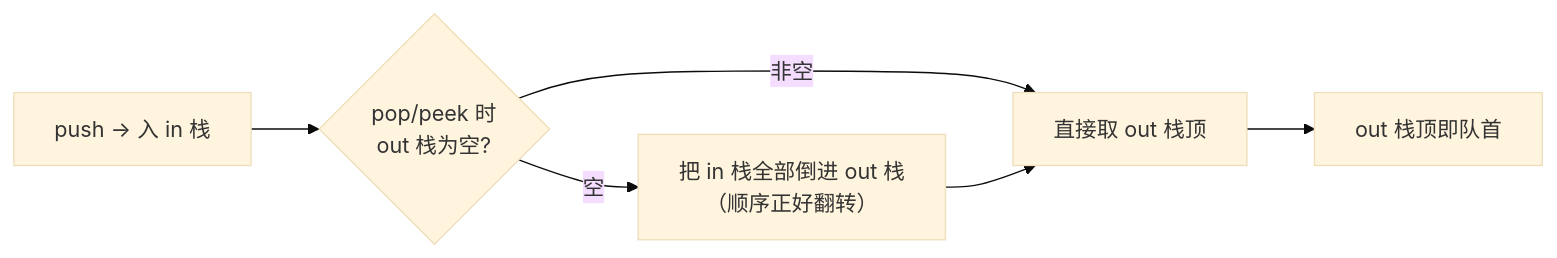
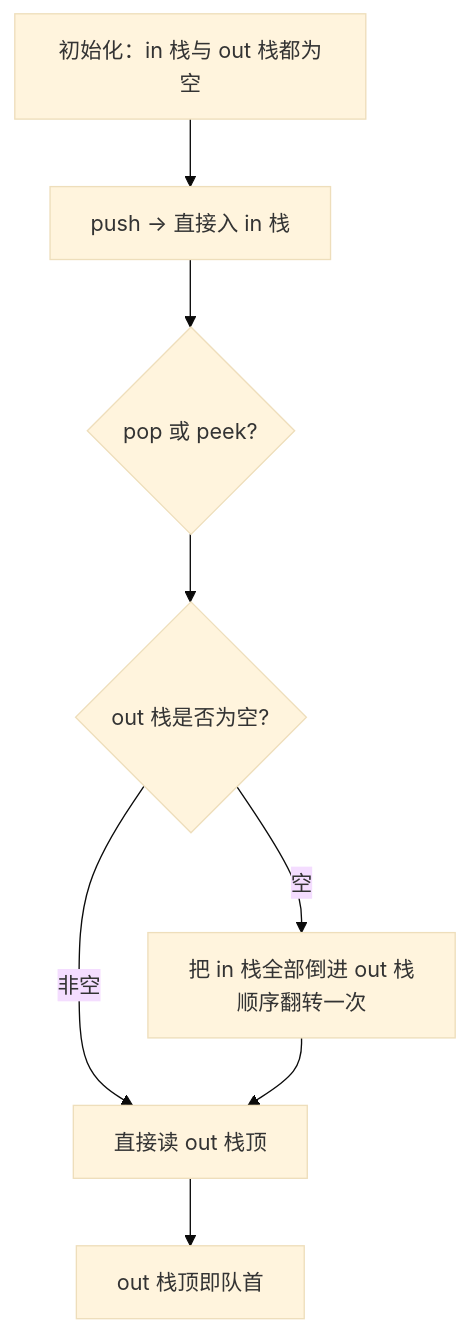
One commit to OctalZero/hot100-py changed the first of 2 diagrams in 19-大厂加餐/腾讯加餐/0232-用栈实现队列.md. Above: the diagram before and after it, drawn with Mermaid (base theme). The commit also changed other lines of this file and 117 other files, not shown here.

First line of the commit message:
feat: 全题解配图升级为「动画式 mermaid」（总览骨架 + 横向时间线逐步推演）

````diff
--- a/19-大厂加餐/腾讯加餐/0232-用栈实现队列.md
+++ b/19-大厂加餐/腾讯加餐/0232-用栈实现队列.md
@@ -27,8 +27,10 @@
 ```mermaid
-flowchart LR
-    A["push → 入 in 栈"] --> B{"pop/peek 时<br/>out 栈为空?"}
-    B -- "空" --> C["把 in 栈全部倒进 out 栈<br/>（顺序正好翻转）"]
-    B -- "非空" --> D["直接取 out 栈顶"]
-    C --> D
-    D --> E["out 栈顶即队首"]
+flowchart TD
+    A["初始化：in 栈与 out 栈都为空"] --> B["push → 直接入 in 栈"]
+    B --> C{"pop 或 peek?"}
+    C --> D{"out 栈是否为空?"}
+    D -->|"空"| E["把 in 栈全部倒进 out 栈<br/>顺序翻转一次"]
+    D -->|"非空"| F["直接读 out 栈顶"]
+    E --> F
+    F --> G["out 栈顶即队首"]
 ```
````
